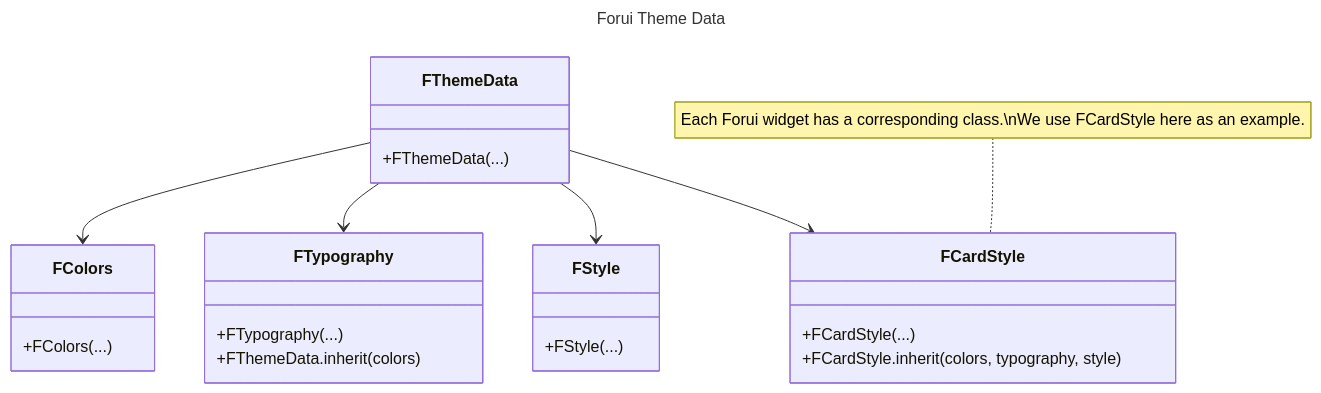
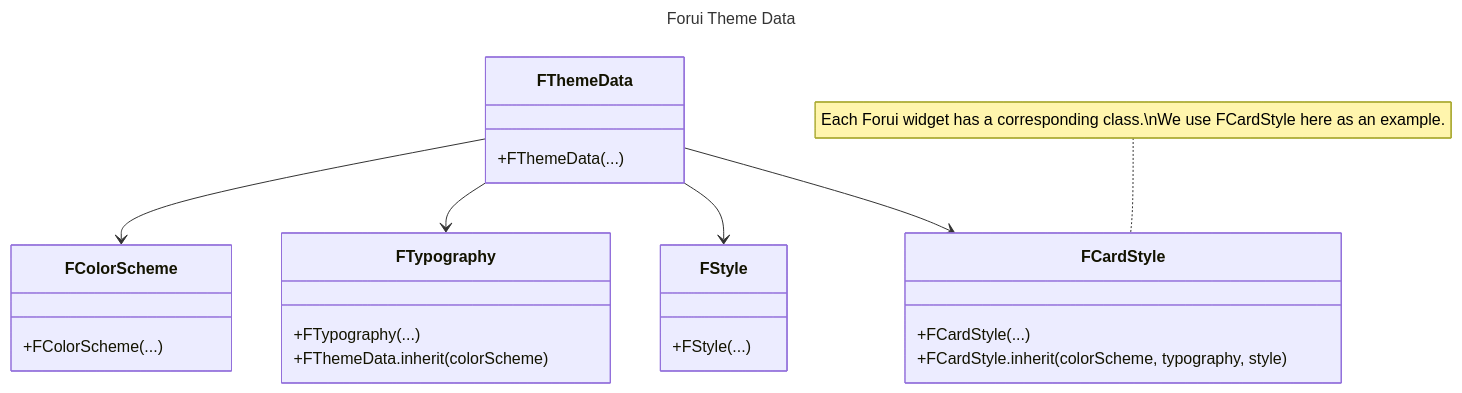
One commit to forus-labs/forui changed the diagram in docs/app/docs/themes/page.mdx. Above: the diagram before and after it, drawn with Mermaid. The commit also changed other lines of this file and 50 other files, not shown here.

````diff
--- a/docs/app/docs/themes/page.mdx
+++ b/docs/app/docs/themes/page.mdx
@@ -252,33 +139,33 @@
 ```mermaid
 ---
 title: Forui Theme Data
 ---
 classDiagram
 class FThemeData {
     +FThemeData(...)
 }
 
-class FColors {
-    +FColors(...)
+class FColorScheme {
+    +FColorScheme(...)
 }
 
 class FTypography {
     +FTypography(...)
-    +FThemeData.inherit(colors)
+    +FThemeData.inherit(colorScheme)
 }
 
 class FStyle {
     +FStyle(...)
 }
 
 class FCardStyle {
     +FCardStyle(...)
-    +FCardStyle.inherit(colors, typography, style)
+    +FCardStyle.inherit(colorScheme, typography, style)
 }
 note for FCardStyle "Each Forui widget has a corresponding class.\nWe use FCardStyle here as an example."
 
-FThemeData --> FColors
+FThemeData --> FColorScheme
 FThemeData --> FTypography
 FThemeData --> FStyle
 FThemeData --> FCardStyle
 ```
````
